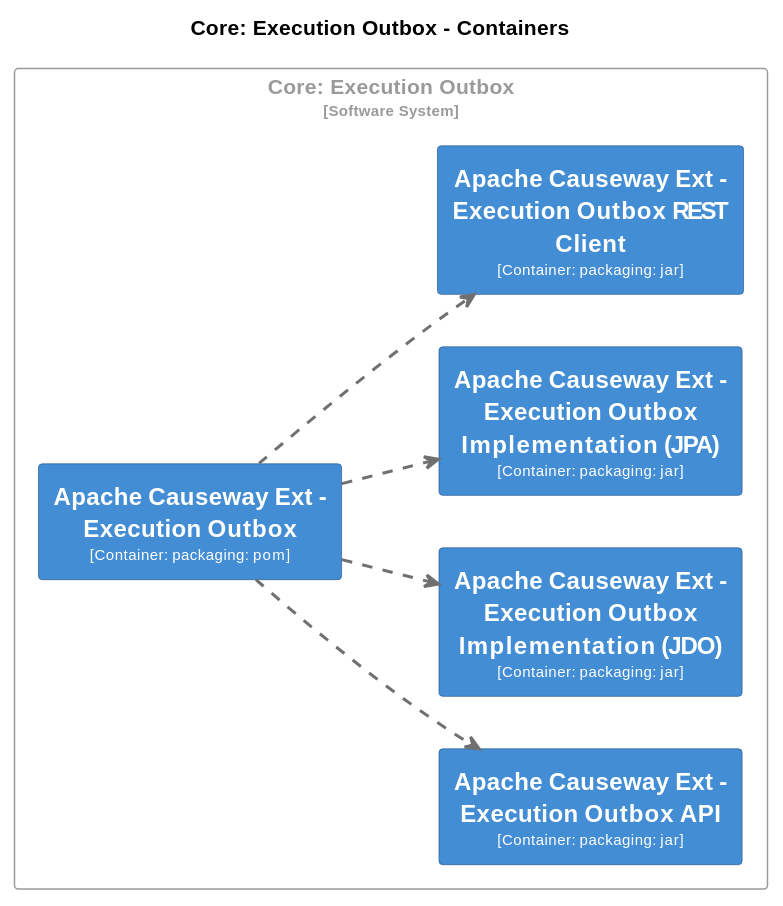
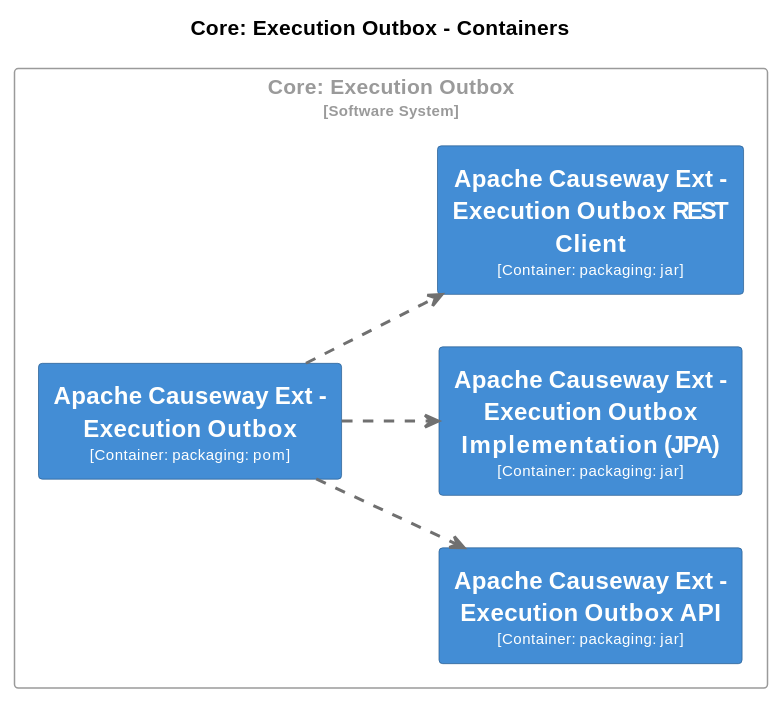
Before and after one commit to apache/causeway: diagram 27 of 31 in core/adoc/modules/_overview/pages/about.adoc, drawn with PlantUML. The commit also changed other lines of this file and 186 other files, not shown here.

```diff
--- a/core/adoc/modules/_overview/pages/about.adoc
+++ b/core/adoc/modules/_overview/pages/about.adoc
@@ -6040,67 +5551,59 @@
 [plantuml,Core~ Execution Outbox,svg]
 ----
 @startuml
 set separator none
 title Core: Execution Outbox - Containers
 
 left to right direction
 
 skinparam {
   arrowFontSize 10
   defaultTextAlignment center
   wrapWidth 200
   maxMessageSize 100
 }
 
 hide stereotype
 
 skinparam rectangle<<CoreExecutionOutbox.ApacheCausewayExtExecutionOutbox>> {
   BackgroundColor #438dd5
   FontColor #fffffe
   BorderColor #2e6295
   shadowing false
 }
 skinparam rectangle<<CoreExecutionOutbox.ApacheCausewayExtExecutionOutboxAPI>> {
   BackgroundColor #438dd5
   FontColor #fffffe
   BorderColor #2e6295
   shadowing false
 }
-skinparam rectangle<<CoreExecutionOutbox.ApacheCausewayExtExecutionOutboxImplementationJDO>> {
-  BackgroundColor #438dd5
-  FontColor #fffffe
-  BorderColor #2e6295
-  shadowing false
-}
 skinparam rectangle<<CoreExecutionOutbox.ApacheCausewayExtExecutionOutboxImplementationJPA>> {
   BackgroundColor #438dd5
   FontColor #fffffe
   BorderColor #2e6295
   shadowing false
 }
 skinparam rectangle<<CoreExecutionOutbox.ApacheCausewayExtExecutionOutboxRESTClient>> {
   BackgroundColor #438dd5
   FontColor #fffffe
   BorderColor #2e6295
   shadowing false
 }
 skinparam rectangle<<CoreExecutionOutbox>> {
   BorderColor #9a9a9a
   FontColor #9a9a9a
   shadowing false
 }
 
 rectangle "Core: Execution Outbox\n<size:10>[Software System]</size>" <<CoreExecutionOutbox>> {
   rectangle "==Apache Causeway Ext - Execution Outbox\n<size:10>[Container: packaging: pom]</size>" <<CoreExecutionOutbox.ApacheCausewayExtExecutionOutbox>> as CoreExecutionOutbox.ApacheCausewayExtExecutionOutbox
   rectangle "==Apache Causeway Ext - Execution Outbox API\n<size:10>[Container: packaging: jar]</size>" <<CoreExecutionOutbox.ApacheCausewayExtExecutionOutboxAPI>> as CoreExecutionOutbox.ApacheCausewayExtExecutionOutboxAPI
-  rectangle "==Apache Causeway Ext - Execution Outbox Implementation (JDO)\n<size:10>[Container: packaging: jar]</size>" <<CoreExecutionOutbox.ApacheCausewayExtExecutionOutboxImplementationJDO>> as CoreExecutionOutbox.ApacheCausewayExtExecutionOutboxImplementationJDO
   rectangle "==Apache Causeway Ext - Execution Outbox Implementation (JPA)\n<size:10>[Container: packaging: jar]</size>" <<CoreExecutionOutbox.ApacheCausewayExtExecutionOutboxImplementationJPA>> as CoreExecutionOutbox.ApacheCausewayExtExecutionOutboxImplementationJPA
   rectangle "==Apache Causeway Ext - Execution Outbox REST Client\n<size:10>[Container: packaging: jar]</size>" <<CoreExecutionOutbox.ApacheCausewayExtExecutionOutboxRESTClient>> as CoreExecutionOutbox.ApacheCausewayExtExecutionOutboxRESTClient
 }
 
+CoreExecutionOutbox.ApacheCausewayExtExecutionOutbox .[#707070,thickness=2].> CoreExecutionOutbox.ApacheCausewayExtExecutionOutboxAPI : "<color:#707070>"
+CoreExecutionOutbox.ApacheCausewayExtExecutionOutbox .[#707070,thickness=2].> CoreExecutionOutbox.ApacheCausewayExtExecutionOutboxImplementationJPA : "<color:#707070>"
 CoreExecutionOutbox.ApacheCausewayExtExecutionOutbox .[#707070,thickness=2].> CoreExecutionOutbox.ApacheCausewayExtExecutionOutboxRESTClient : "<color:#707070>"
-CoreExecutionOutbox.ApacheCausewayExtExecutionOutbox .[#707070,thickness=2].> CoreExecutionOutbox.ApacheCausewayExtExecutionOutboxAPI : "<color:#707070>"
-CoreExecutionOutbox.ApacheCausewayExtExecutionOutbox .[#707070,thickness=2].> CoreExecutionOutbox.ApacheCausewayExtExecutionOutboxImplementationJDO : "<color:#707070>"
-CoreExecutionOutbox.ApacheCausewayExtExecutionOutbox .[#707070,thickness=2].> CoreExecutionOutbox.ApacheCausewayExtExecutionOutboxImplementationJPA : "<color:#707070>"
 @enduml
 ----
```
